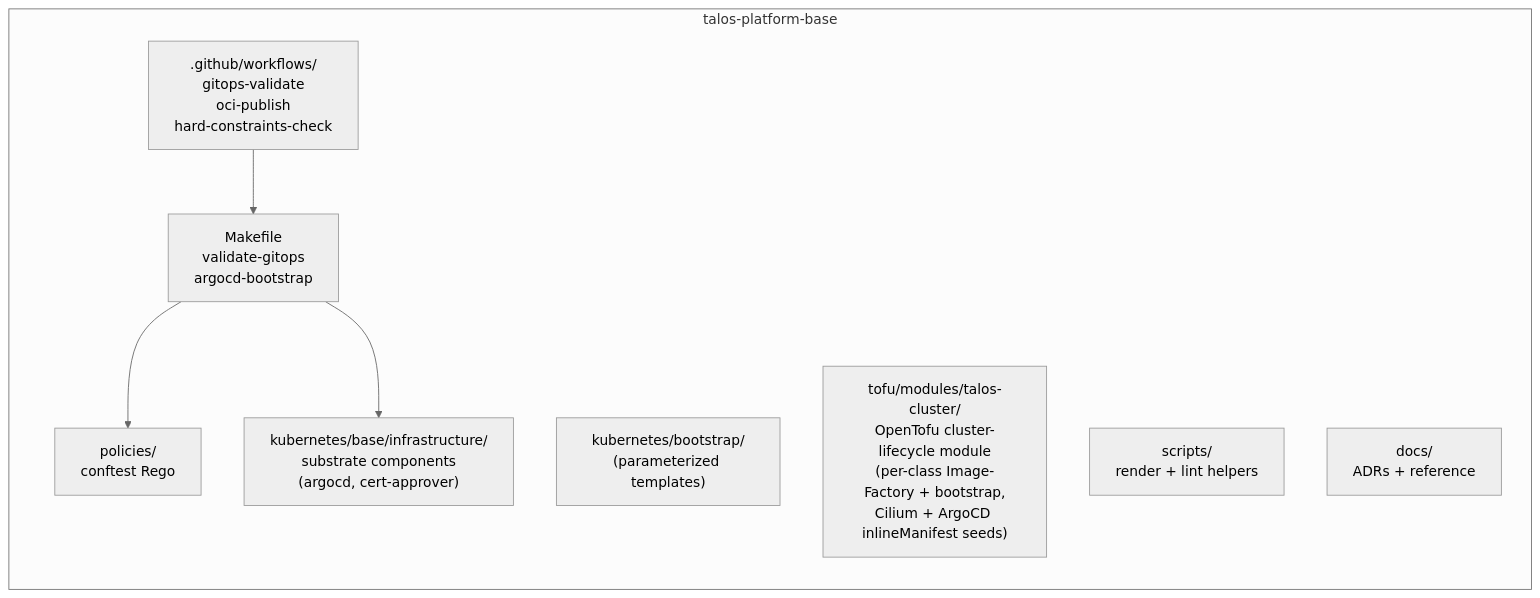
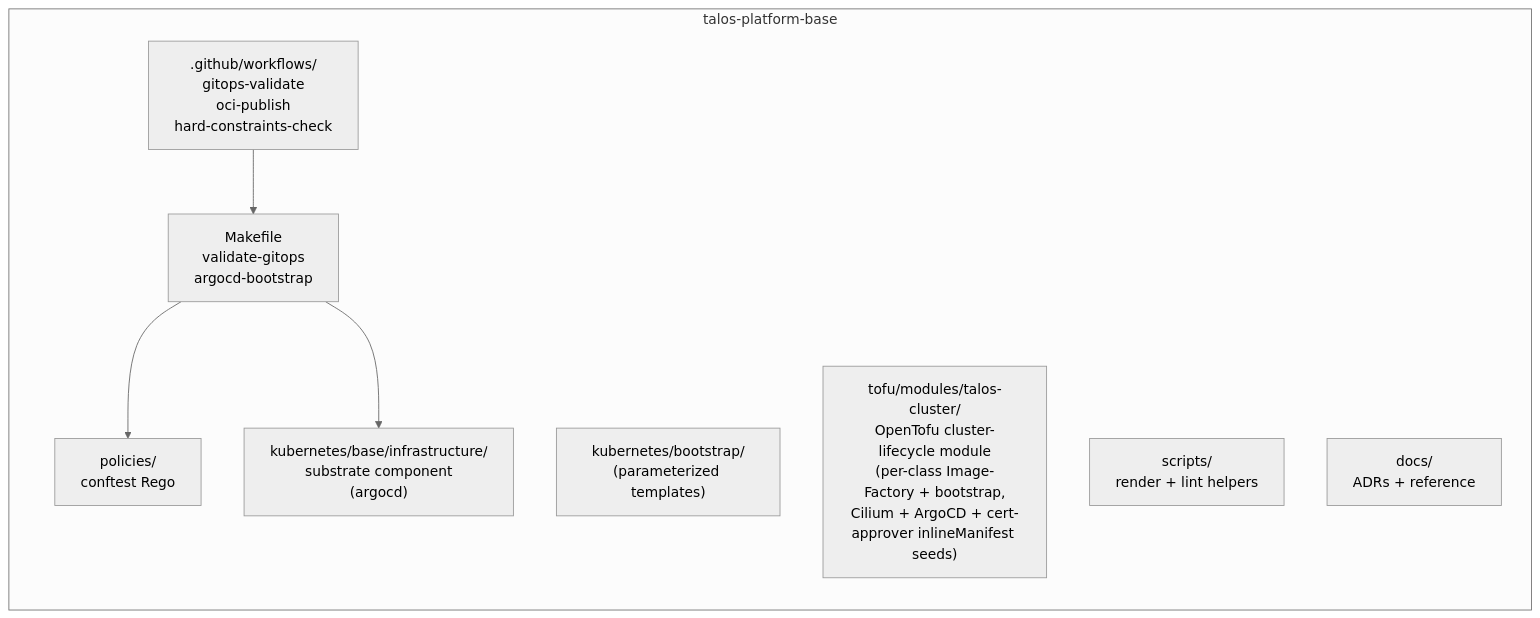
One commit to Nosmoht/talos-platform-base changed the second of 3 diagrams in ARCHITECTURE.md. Above: the diagram before and after it, drawn with Mermaid. The commit also changed other lines of this file and 25 other files, not shown here.

First line of the commit message:
feat(talos)!: kubelet serving-cert rotation default-on + cert-approver as a Talos seed (#155)

````diff
--- a/ARCHITECTURE.md
+++ b/ARCHITECTURE.md
@@ -141,19 +141,19 @@
 ```mermaid
 %%{init: { "theme": "neutral" } }%%
 flowchart LR
   subgraph Base["talos-platform-base"]
     direction TB
     Make[Makefile<br/>validate-gitops<br/>argocd-bootstrap]
     Boot["kubernetes/bootstrap/<br/>(parameterized templates)"]
-    Infra["kubernetes/base/infrastructure/<br/>substrate components<br/>(argocd, cert-approver)"]
-    Talos["tofu/modules/talos-cluster/<br/>OpenTofu cluster-lifecycle module<br/>(per-class Image-Factory + bootstrap,<br/>Cilium + ArgoCD inlineManifest seeds)"]
+    Infra["kubernetes/base/infrastructure/<br/>substrate component<br/>(argocd)"]
+    Talos["tofu/modules/talos-cluster/<br/>OpenTofu cluster-lifecycle module<br/>(per-class Image-Factory + bootstrap,<br/>Cilium + ArgoCD + cert-approver inlineManifest seeds)"]
     Pol["policies/<br/>conftest Rego"]
     Scripts["scripts/<br/>render + lint helpers"]
     Docs["docs/<br/>ADRs + reference"]
     CI[".github/workflows/<br/>gitops-validate<br/>oci-publish<br/>hard-constraints-check"]
 
     Make --> Pol
     Make --> Infra
     CI --> Make
   end
 ```
````
